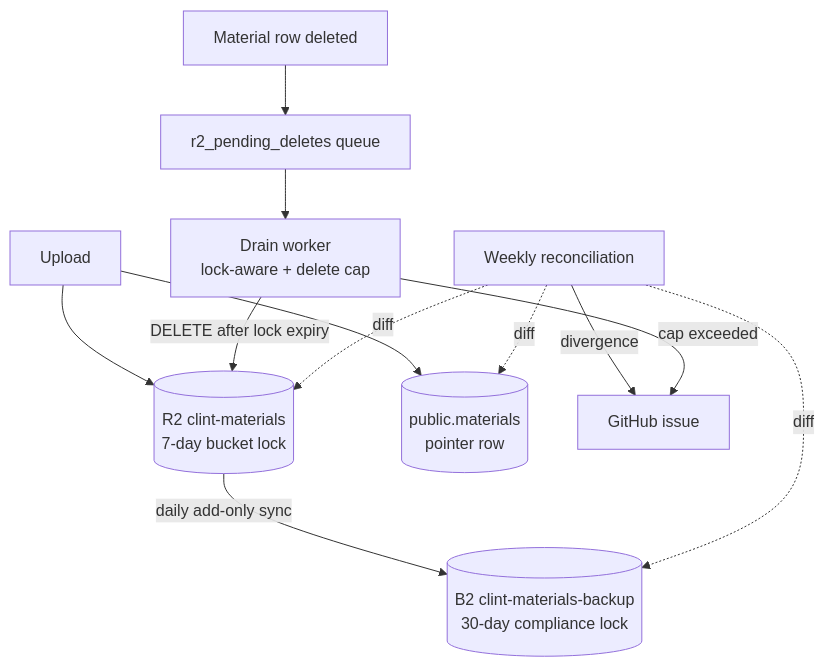
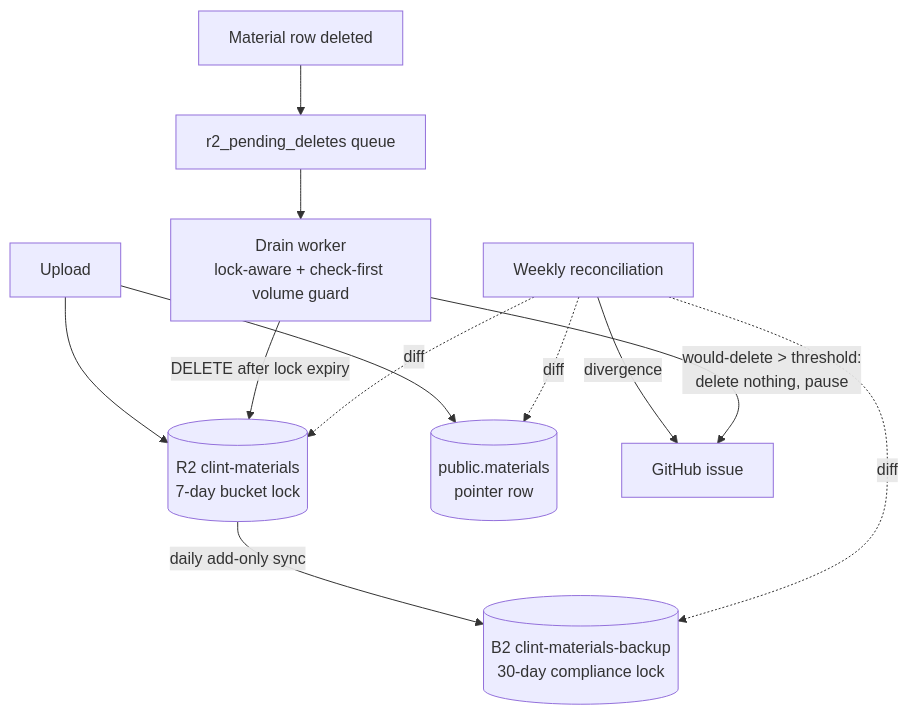
One commit to clint-org/clint changed the diagram in docs/superpowers/specs/2026-06-23-ws1-materials-durability-design.md. Above: the diagram before and after it, drawn with Mermaid. The commit also changed other lines of this file, not shown here.

Commit message:
docs(ws1): check-first drain guard (deny-by-default) + bulk-delete recovery

````diff
--- a/docs/superpowers/specs/2026-06-23-ws1-materials-durability-design.md
+++ b/docs/superpowers/specs/2026-06-23-ws1-materials-durability-design.md
@@ -129,14 +132,14 @@
 ```mermaid
 flowchart TD
   U[Upload] --> R2[(R2 clint-materials<br/>7-day bucket lock)]
   U --> DB[(public.materials<br/>pointer row)]
   R2 -- daily add-only sync --> B2[(B2 clint-materials-backup<br/>30-day compliance lock)]
   DEL[Material row deleted] --> Q[r2_pending_deletes queue]
-  Q --> DR[Drain worker<br/>lock-aware + delete cap]
+  Q --> DR[Drain worker<br/>lock-aware + check-first volume guard]
   DR -- DELETE after lock expiry --> R2
   REC[Weekly reconciliation] -. diff .-> DB
   REC -. diff .-> R2
   REC -. diff .-> B2
   REC -- divergence --> ISS[GitHub issue]
-  DR -- cap exceeded --> ISS
+  DR -- would-delete > threshold:<br/>delete nothing, pause --> ISS
 ```
````
